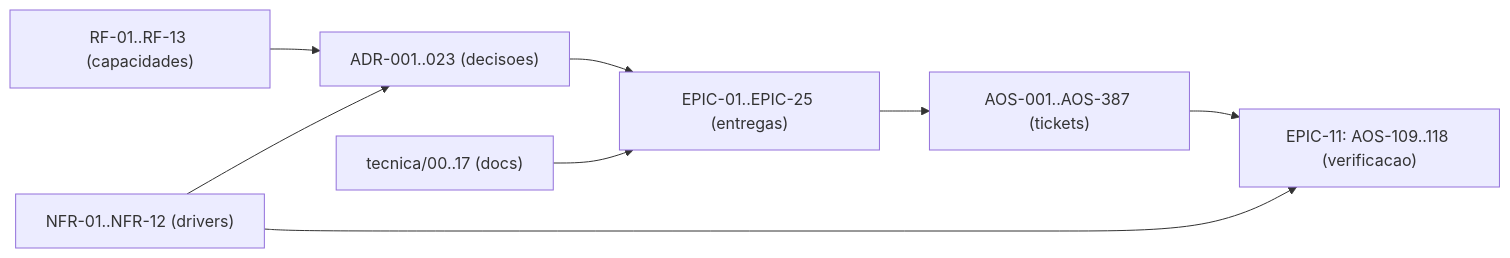
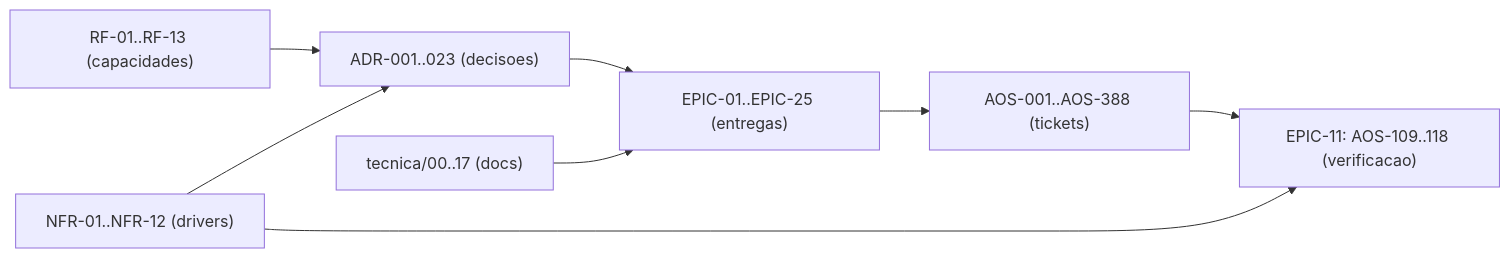
One commit to albinoJimy/aos changed the diagram in tecnica/16_Rastreabilidade_RTM.md. Above: the diagram before and after it, drawn with Mermaid. The commit also changed other lines of this file and 1 other file, not shown here.

First line of the commit message:
docs(AOS-388): regenerar a RTM e marcar o bloco como adrs-mencionados

````diff
--- a/tecnica/16_Rastreabilidade_RTM.md
+++ b/tecnica/16_Rastreabilidade_RTM.md
@@ -180,10 +180,10 @@
 ```mermaid
 flowchart LR
     RF["RF-01..RF-13 (capacidades)"] --> ADR["ADR-001..023 (decisoes)"]
     NFR["NFR-01..NFR-12 (drivers)"] --> ADR
     ADR --> EPIC["EPIC-01..EPIC-25 (entregas)"]
-    EPIC --> TICK["AOS-001..AOS-387 (tickets)"]
+    EPIC --> TICK["AOS-001..AOS-388 (tickets)"]
     DOC["tecnica/00..17 (docs)"] --> EPIC
     TICK --> TEST["EPIC-11: AOS-109..118 (verificacao)"]
     NFR --> TEST
 ```
````
